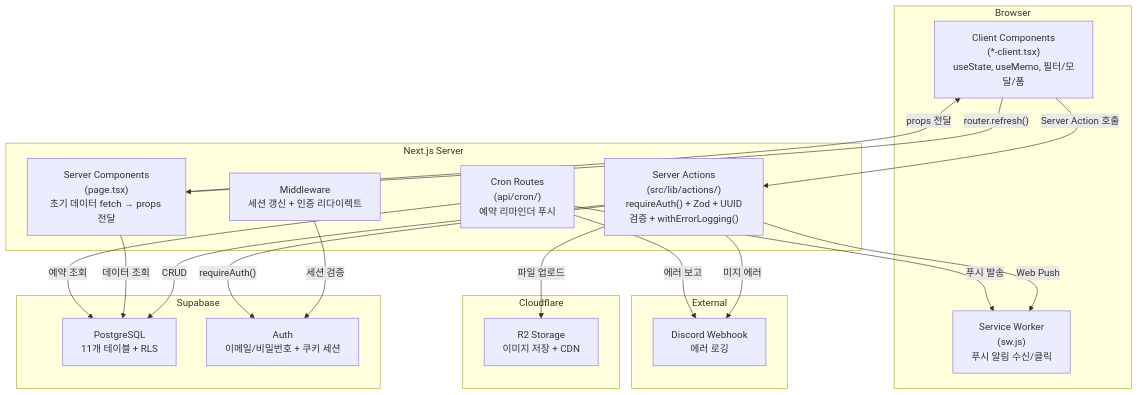
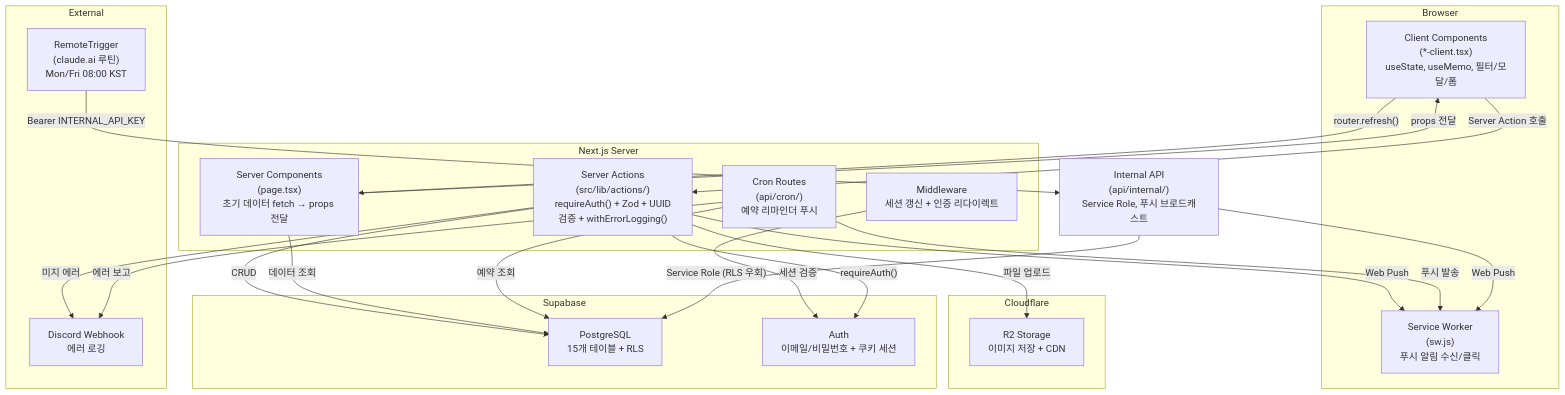
Before and after one commit to flori-ai-kr/web: the first of 4 diagrams in docs/ARCHITECTURE.md, drawn with Mermaid. The commit also changed other lines of this file and 38 other files, not shown here.

````diff
--- a/docs/ARCHITECTURE.md
+++ b/docs/ARCHITECTURE.md
@@ -11,41 +11,45 @@
 ```mermaid
 graph TB
     subgraph Browser
         CC["Client Components<br/>(*-client.tsx)<br/>useState, useMemo, 필터/모달/폼"]
         SW["Service Worker<br/>(sw.js)<br/>푸시 알림 수신/클릭"]
     end
 
     subgraph NextServer["Next.js Server"]
         MW["Middleware<br/>세션 갱신 + 인증 리다이렉트"]
         SC["Server Components<br/>(page.tsx)<br/>초기 데이터 fetch → props 전달"]
         SA["Server Actions<br/>(src/lib/actions/)<br/>requireAuth() + Zod + UUID검증 + withErrorLogging()"]
         CR["Cron Routes<br/>(api/cron/)<br/>예약 리마인더 푸시"]
     end
 
     subgraph External
         DC["Discord Webhook<br/>에러 로깅"]
+        RT["RemoteTrigger<br/>(claude.ai 루틴)<br/>Mon/Fri 08:00 KST"]
     end
 
     subgraph Supabase
-        PG["PostgreSQL<br/>11개 테이블 + RLS"]
+        PG["PostgreSQL<br/>15개 테이블 + RLS"]
         AU["Auth<br/>이메일/비밀번호 + 쿠키 세션"]
     end
 
     subgraph Cloudflare
         R2["R2 Storage<br/>이미지 저장 + CDN"]
     end
 
     CC -->|"Server Action 호출"| SA
     CC -->|"router.refresh()"| SC
     SC -->|"props 전달"| CC
     MW -->|"세션 검증"| AU
     SA -->|"requireAuth()"| AU
     SA -->|"CRUD"| PG
     SA -->|"파일 업로드"| R2
     SA -->|"미지 에러"| DC
     SA -->|"Web Push"| SW
     SC -->|"데이터 조회"| PG
     CR -->|"예약 조회"| PG
     CR -->|"푸시 발송"| SW
     CR -->|"에러 보고"| DC
+    RT -->|"Bearer INTERNAL_API_KEY"| IA["Internal API<br/>(api/internal/)<br/>Service Role, 푸시 브로드캐스트"]
+    IA -->|"Service Role (RLS 우회)"| PG
+    IA -->|"Web Push"| SW
 ```
````
